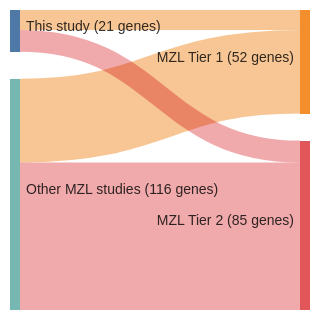
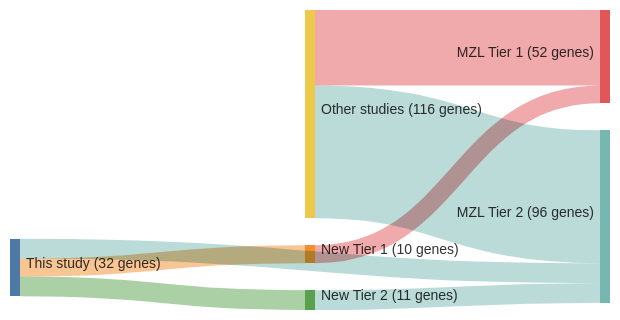
The diagram in papers/rossiCodingGenomeSplenic2012c.md (morinlab/lymphopedia), drawn with Mermaid before and after one commit. The commit also changed other lines of this file and 82 other files, not shown here.

````diff
--- a/papers/rossiCodingGenomeSplenic2012c.md
+++ b/papers/rossiCodingGenomeSplenic2012c.md
@@ -13,18 +13,21 @@
 ```mermaid
 ---
 config:
     sankey:
         showValues: true
         linkColor: target
-        width: 300
+        width: 600
         height: 300
         nodeAlignment: right
         prefix: '('
         suffix: ' genes)'
 ---
 sankey-beta
-This study, MZL Tier 1, 10
+This study, New Tier 1, 10
+New Tier 1, MZL Tier 1, 10
 This study, MZL Tier 2, 11
-Other MZL studies, MZL Tier 1, 42
-Other MZL studies, MZL Tier 2, 74
+This study, New Tier 2, 11
+New Tier 2, MZL Tier 2, 11
+Other studies, MZL Tier 1, 42
+Other studies, MZL Tier 2, 74
 ```
````
